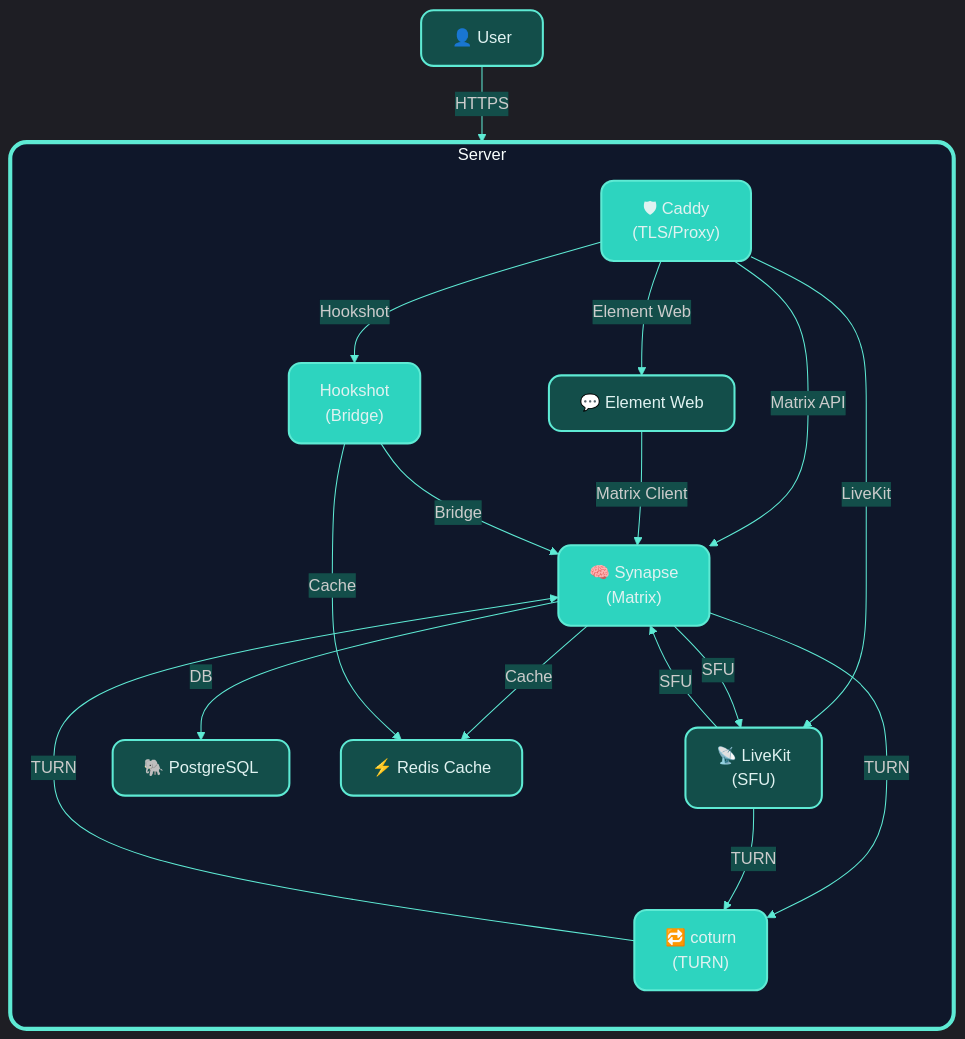
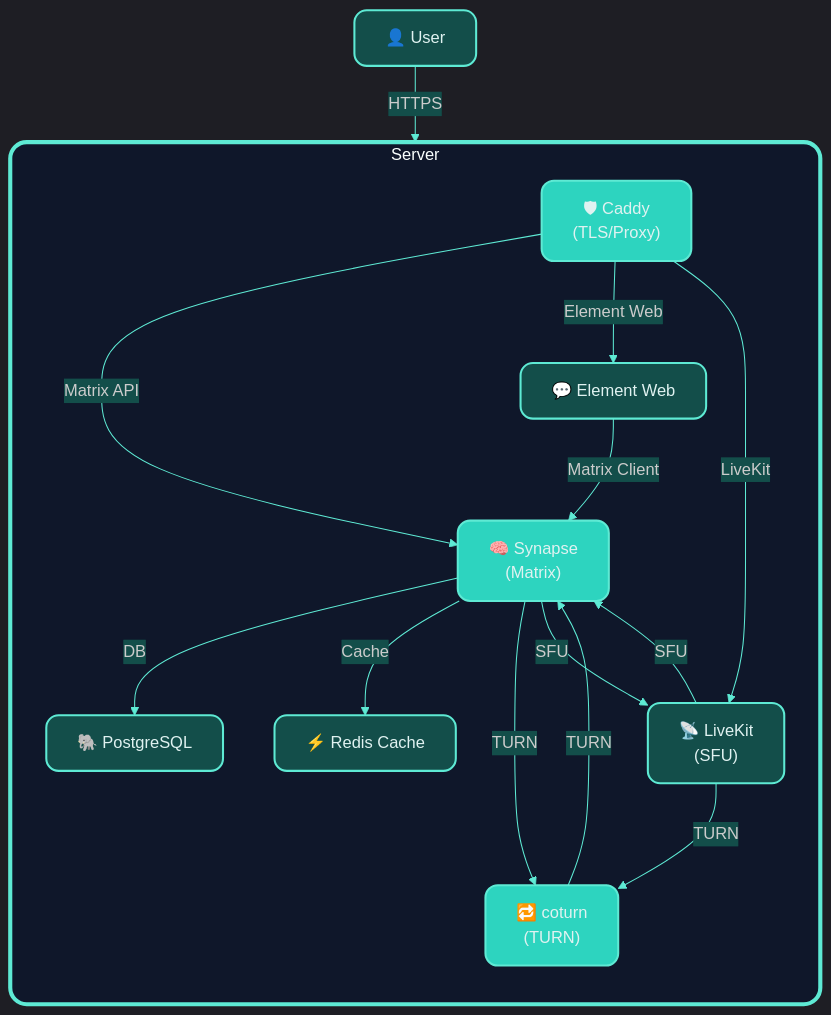
One commit to nordwestt/matrix-easy-deploy-kit changed the diagram in README.md. Above: the diagram before and after it, drawn with Mermaid.

Commit message:
Remove hookshot from diagram, since it's not "core"

````diff
--- a/README.md
+++ b/README.md
@@ -17,39 +17,35 @@
 ```mermaid
 %%{init: {'theme': 'dark', 'themeVariables': { 'primaryColor': '#2dd4bf', 'edgeLabelBackground':'#134e4a', 'nodeTextColor':'#e0f2f1', 'fontFamily':'Inter', 'nodeBorderRadius':'12px', 'clusterBorderRadius':'16px', 'secondaryColor':'#5eead4', 'tertiaryColor':'#99f6e4', 'lineColor':'#5eead4'}}}%%
 flowchart TD
     subgraph Server["Server"]
         direction TB
         Caddy["🛡 Caddy\n(TLS/Proxy)"]
         Element["💬 Element Web"]
         Synapse["🧠 Synapse\n(Matrix)"]
         PostgreSQL["🐘 PostgreSQL"]
         Redis["⚡ Redis Cache"]
         Coturn["🔁 coturn\n(TURN)"]
         LiveKit["📡 LiveKit\n(SFU)"]
-        Hookshot["Hookshot\n(Bridge)"]
     end
     User["👤 User"]
     User -->|HTTPS| Caddy
     Caddy -->|Matrix API| Synapse
     Caddy -->|Element Web| Element
     Caddy -->|LiveKit| LiveKit
-    Caddy -->|Hookshot| Hookshot
     Element -->|Matrix Client| Synapse
     Synapse -->|DB| PostgreSQL
     Synapse -->|Cache| Redis
     Synapse -->|TURN| Coturn
     Synapse -->|SFU| LiveKit
-    Hookshot -->|Bridge| Synapse
-    Hookshot -->|Cache| Redis
     Coturn -->|TURN| Synapse
     LiveKit -->|SFU| Synapse
     LiveKit -->|TURN| Coturn
     classDef teal fill:#2dd4bf,stroke:#5eead4,stroke-width:2px,color:#e0f2f1,rx:12px;
     classDef mint fill:#134e4a,stroke:#5eead4,stroke-width:2px,color:#e0f2f1,rx:12px;
-    class Caddy,Synapse,Coturn,Hookshot teal;
+    class Caddy,Synapse,Coturn teal;
     class Element,PostgreSQL,Redis,LiveKit mint;
     class User mint;
     style Server stroke:#5eead4,stroke-width:4px,rx:16px,fill:#0f172a;
     style User stroke:#5eead4,stroke-width:2px,rx:12px;
 
 ```
````
